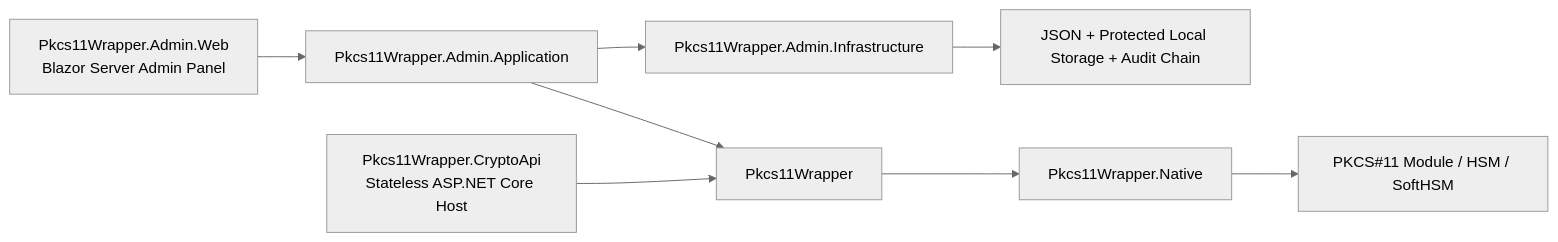
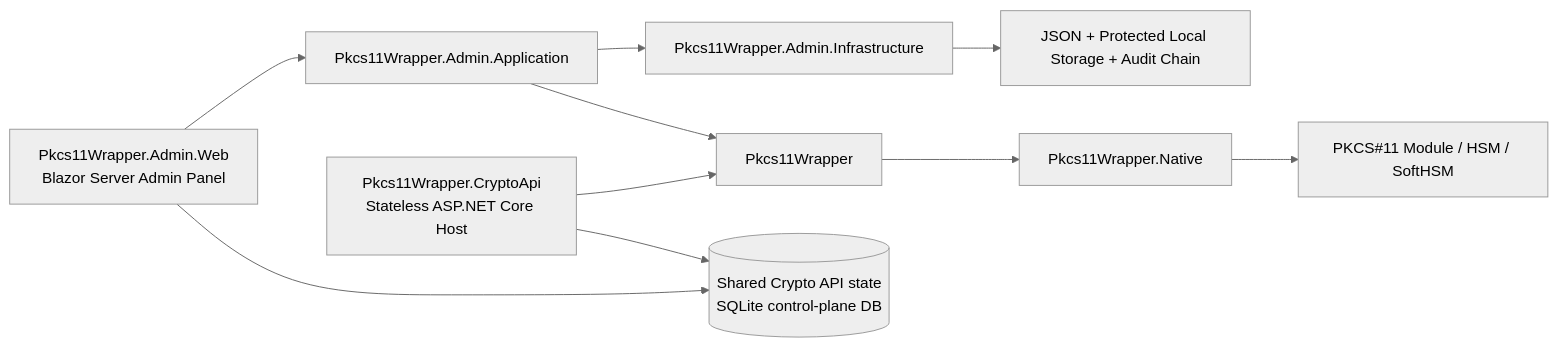
The diagram in README.md (EbubekirERGUN/Pkcs11Wrapper), drawn with Mermaid (neutral theme) before and after one commit. The commit also changed other lines of this file and 5 other files, not shown here.

Commit message:
docs: document crypto api deployment topology

````diff
--- a/README.md
+++ b/README.md
@@ -106,10 +106,12 @@
 ```mermaid
 flowchart LR
     A[Pkcs11Wrapper.Admin.Web\nBlazor Server Admin Panel] --> B[Pkcs11Wrapper.Admin.Application]
     B --> C[Pkcs11Wrapper.Admin.Infrastructure]
     B --> D[Pkcs11Wrapper]
+    A --> S[(Shared Crypto API state\nSQLite control-plane DB)]
     H[Pkcs11Wrapper.CryptoApi\nStateless ASP.NET Core Host] --> D
+    H --> S
     D --> E[Pkcs11Wrapper.Native]
     E --> F[PKCS#11 Module / HSM / SoftHSM]
     C --> G[JSON + Protected Local Storage + Audit Chain]
 ```
````
